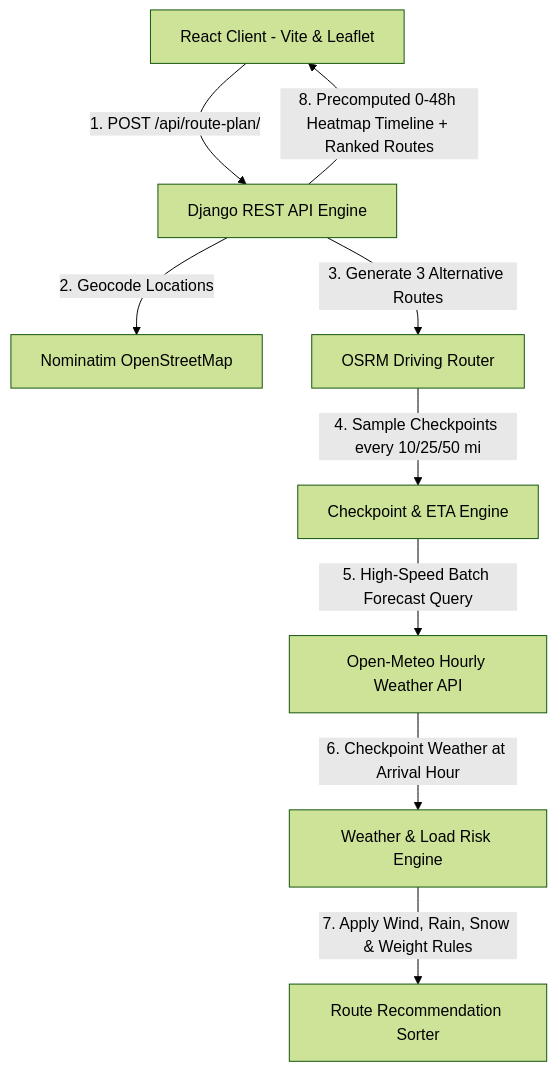
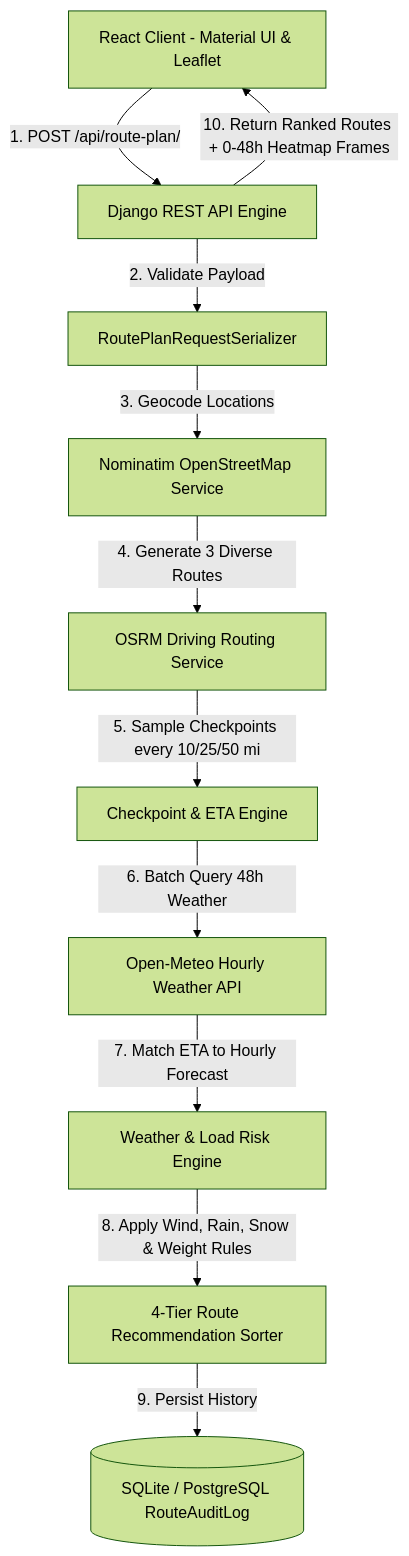
The diagram in README.md (VimalN2005/weather-aware-truck-routing), drawn with Mermaid (forest theme) before and after one commit. The commit also changed other lines of this file and 17 other files, not shown here.

Commit message:
Upgrade project to production standard: React Material-UI (MUI), DRF serializers, models, 11 unit tests, and comprehensive README

````diff
--- a/README.md
+++ b/README.md
@@ -9,11 +19,13 @@
 ```mermaid
 graph TD
-    A[React Client - Vite & Leaflet] -->|1. POST /api/route-plan/| B[Django REST API Engine]
-    B -->|2. Geocode Locations| C[Nominatim OpenStreetMap]
-    B -->|3. Generate 3 Alternative Routes| D[OSRM Driving Router]
-    D -->|4. Sample Checkpoints every 10/25/50 mi| E[Checkpoint & ETA Engine]
-    E -->|5. High-Speed Batch Forecast Query| F[Open-Meteo Hourly Weather API]
-    F -->|6. Checkpoint Weather at Arrival Hour| G[Weather & Load Risk Engine]
-    G -->|7. Apply Wind, Rain, Snow & Weight Rules| H[Route Recommendation Sorter]
-    B -->|8. Precomputed 0-48h Heatmap Timeline + Ranked Routes| A
+    A[React Client - Material UI & Leaflet] -->|1. POST /api/route-plan/| B[Django REST API Engine]
+    B -->|2. Validate Payload| C[RoutePlanRequestSerializer]
+    C -->|3. Geocode Locations| D[Nominatim OpenStreetMap Service]
+    D -->|4. Generate 3 Diverse Routes| E[OSRM Driving Routing Service]
+    E -->|5. Sample Checkpoints every 10/25/50 mi| F[Checkpoint & ETA Engine]
+    F -->|6. Batch Query 48h Weather| G[Open-Meteo Hourly Weather API]
+    G -->|7. Match ETA to Hourly Forecast| H[Weather & Load Risk Engine]
+    H -->|8. Apply Wind, Rain, Snow & Weight Rules| I[4-Tier Route Recommendation Sorter]
+    I -->|9. Persist History| J[(SQLite / PostgreSQL RouteAuditLog)]
+    B -->|10. Return Ranked Routes + 0-48h Heatmap Frames| A
 ```
````
